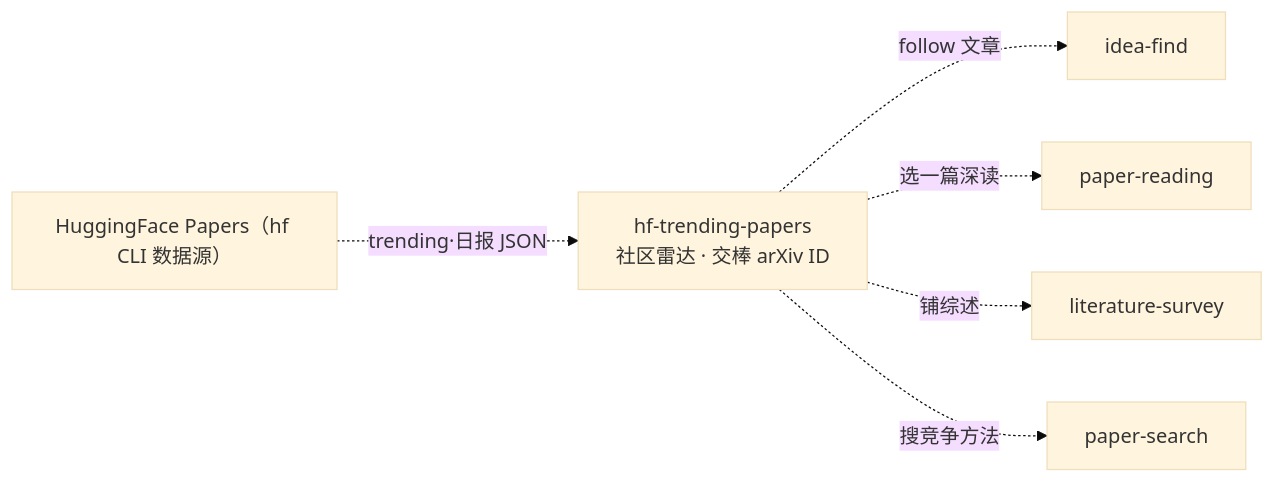
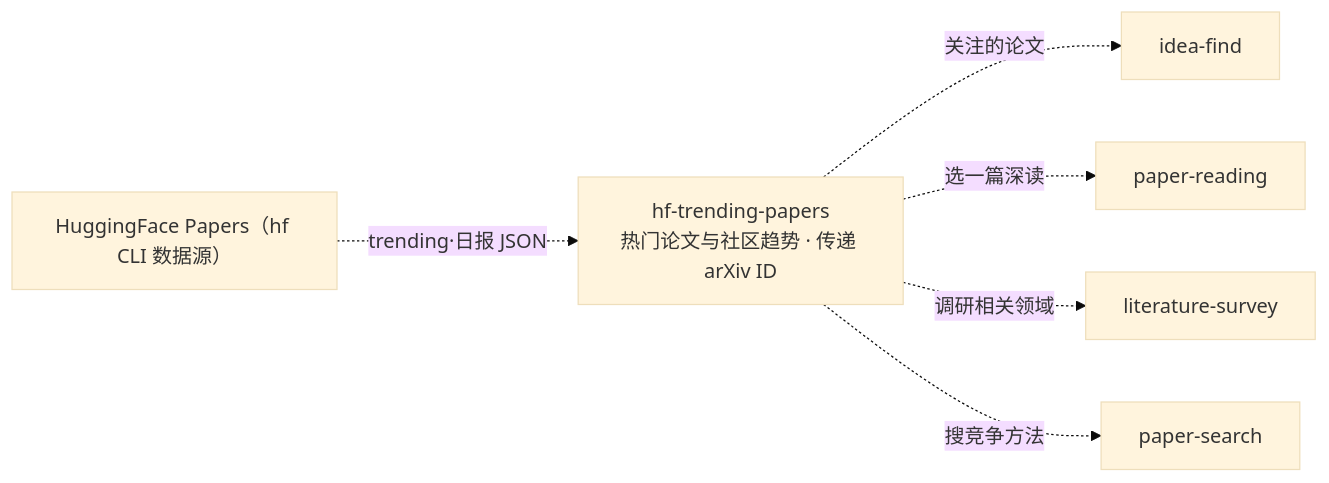
One commit to jackwang0108/dl-assistant changed the first of 2 diagrams in plugins/dl-assistant/skills/hf-trending-papers/SKILL.md. Above: the diagram before and after it, drawn with Mermaid (base theme). The commit also changed other lines of this file and 143 other files, not shown here.

````diff
--- a/plugins/dl-assistant/skills/hf-trending-papers/SKILL.md
+++ b/plugins/dl-assistant/skills/hf-trending-papers/SKILL.md
@@ -18,9 +18,9 @@
 ```mermaid
 flowchart LR
     SRC["HuggingFace Papers（hf CLI 数据源）"] -.->|trending·日报 JSON| HF
-    HF["hf-trending-papers<br/>社区雷达 · 交棒 arXiv ID"]
-    HF -.->|follow 文章| IF[idea-find]
+    HF["hf-trending-papers<br/>热门论文与社区趋势 · 传递 arXiv ID"]
+    HF -.->|关注的论文| IF[idea-find]
     HF -.->|选一篇深读| PR[paper-reading]
-    HF -.->|铺综述| LS[literature-survey]
+    HF -.->|调研相关领域| LS[literature-survey]
     HF -.->|搜竞争方法| PS[paper-search]
 ```
````
